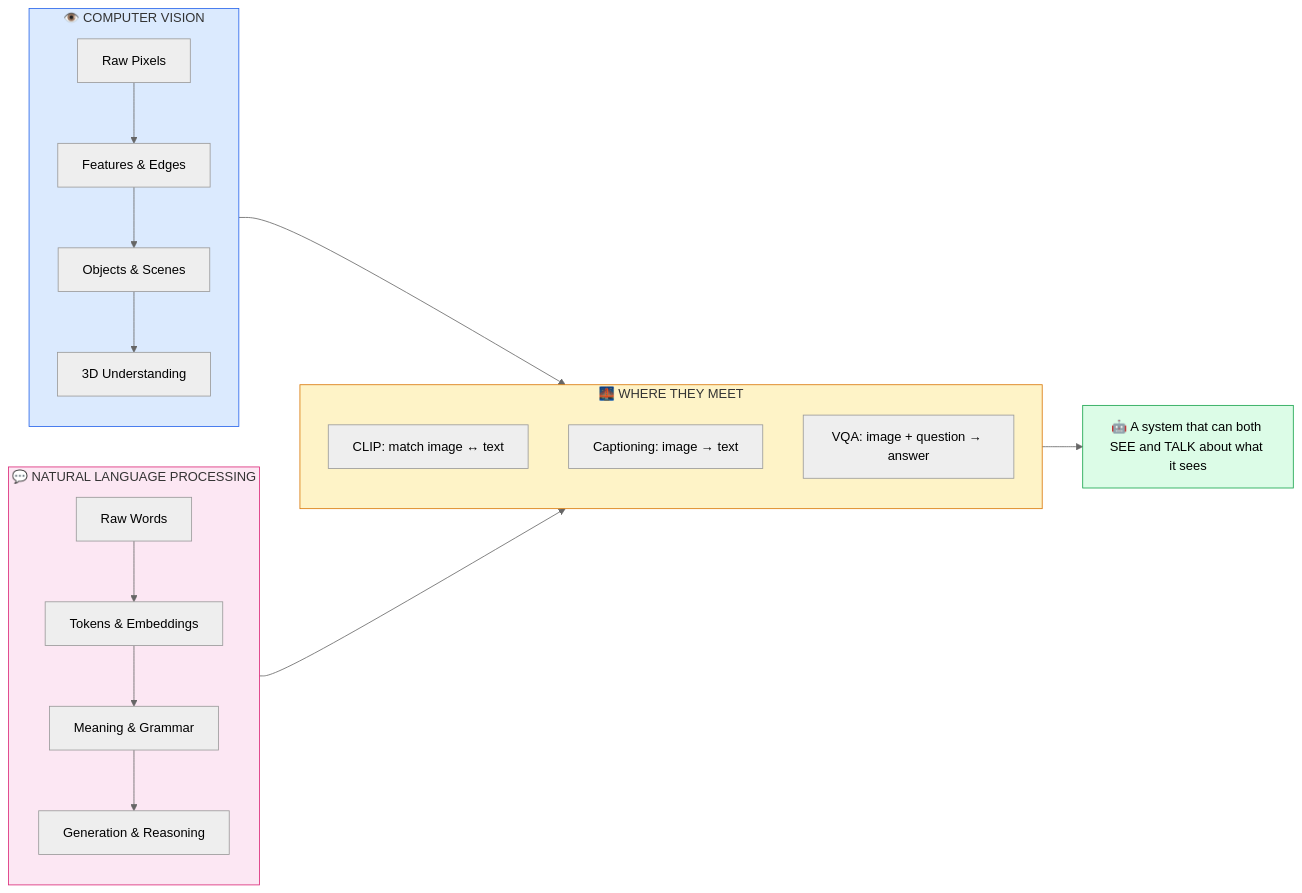
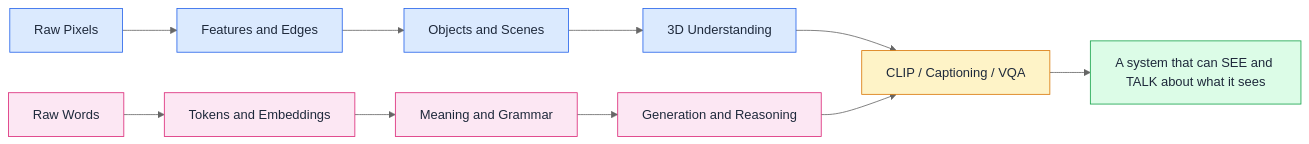
The first of 4 diagrams in CV-NLP/README.md (rpaut03l/TS-02-03), drawn with Mermaid (neutral theme) before and after one commit. The commit also changed other lines of this file and 4 other files, not shown here.

Commit message:
Fix ASCII diagram width (max 63 chars, no more wrapping) and Mermaid dark-mode contrast

````diff
--- a/CV-NLP/README.md
+++ b/CV-NLP/README.md
@@ -18,32 +18,23 @@
 ```mermaid
 flowchart LR
-    subgraph CV["👁️ COMPUTER VISION"]
-        direction TB
-        A1[Raw Pixels] --> A2[Features & Edges]
-        A2 --> A3[Objects & Scenes]
-        A3 --> A4[3D Understanding]
-    end
+    A[Raw Pixels] --> B[Features and Edges]
+    B --> C[Objects and Scenes]
+    C --> D[3D Understanding]
+    D --> E[CLIP / Captioning / VQA]
+    F[Raw Words] --> G[Tokens and Embeddings]
+    G --> H[Meaning and Grammar]
+    H --> I[Generation and Reasoning]
+    I --> E
+    E --> J[A system that can SEE and TALK about what it sees]
 
-    subgraph BRIDGE["🌉 WHERE THEY MEET"]
-        direction TB
-        B1[CLIP: match image ↔ text]
-        B2[Captioning: image → text]
-        B3[VQA: image + question → answer]
-    end
-
-    subgraph NLP["💬 NATURAL LANGUAGE PROCESSING"]
-        direction TB
-        C1[Raw Words] --> C2[Tokens & Embeddings]
-        C2 --> C3[Meaning & Grammar]
-        C3 --> C4[Generation & Reasoning]
-    end
-
-    CV --> BRIDGE
-    NLP --> BRIDGE
-    BRIDGE --> D[🤖 A system that can both SEE and TALK about what it sees]
-
-    style CV fill:#dbeafe,stroke:#2563eb
-    style NLP fill:#fce7f3,stroke:#db2777
-    style BRIDGE fill:#fef3c7,stroke:#d97706
-    style D fill:#dcfce7,stroke:#16a34a
+    style A fill:#dbeafe,stroke:#2563eb,color:#1e293b
+    style B fill:#dbeafe,stroke:#2563eb,color:#1e293b
+    style C fill:#dbeafe,stroke:#2563eb,color:#1e293b
+    style D fill:#dbeafe,stroke:#2563eb,color:#1e293b
+    style F fill:#fce7f3,stroke:#db2777,color:#1e293b
+    style G fill:#fce7f3,stroke:#db2777,color:#1e293b
+    style H fill:#fce7f3,stroke:#db2777,color:#1e293b
+    style I fill:#fce7f3,stroke:#db2777,color:#1e293b
+    style E fill:#fef3c7,stroke:#d97706,color:#1e293b
+    style J fill:#dcfce7,stroke:#16a34a,color:#1e293b
 ```
````
